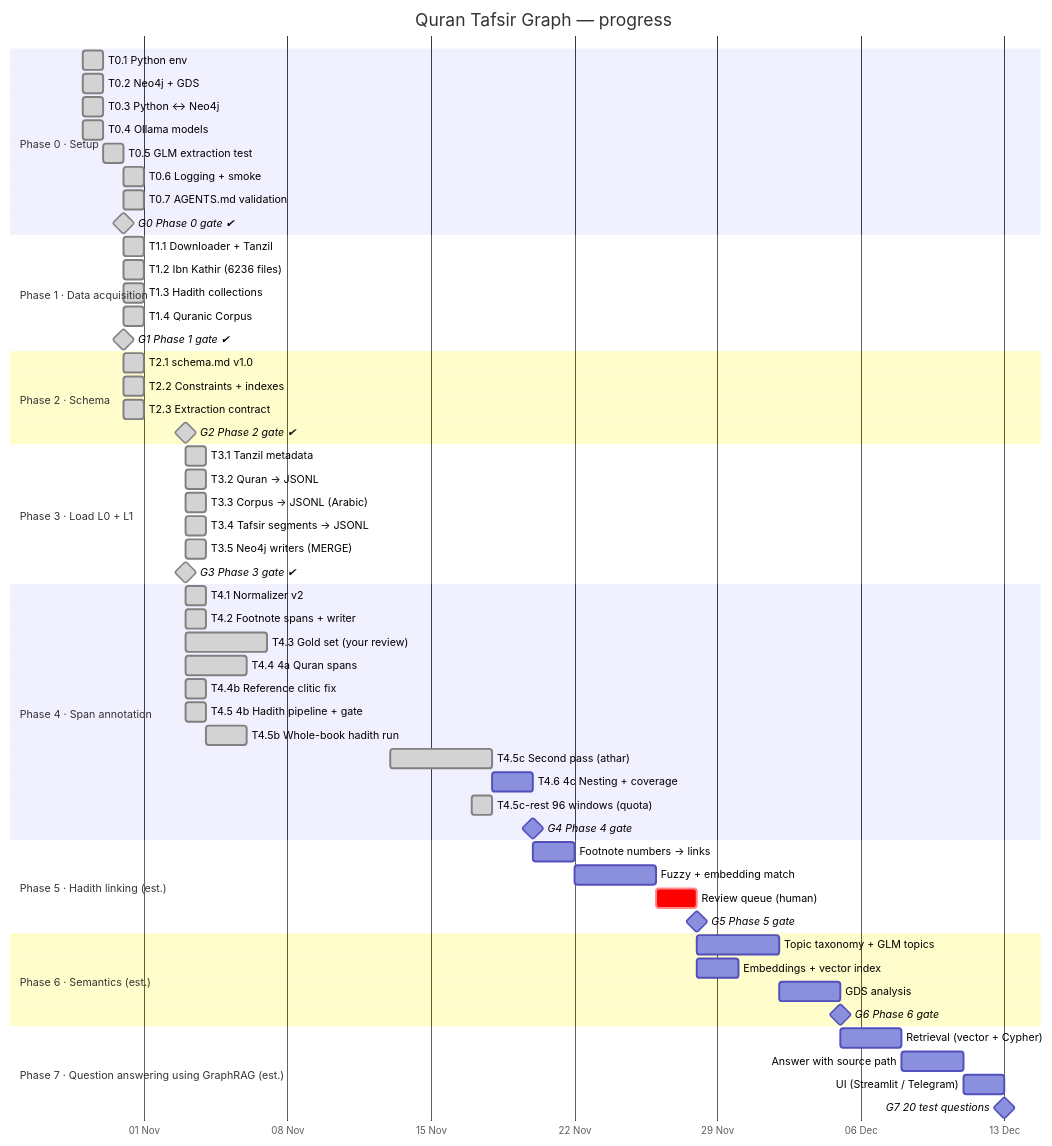
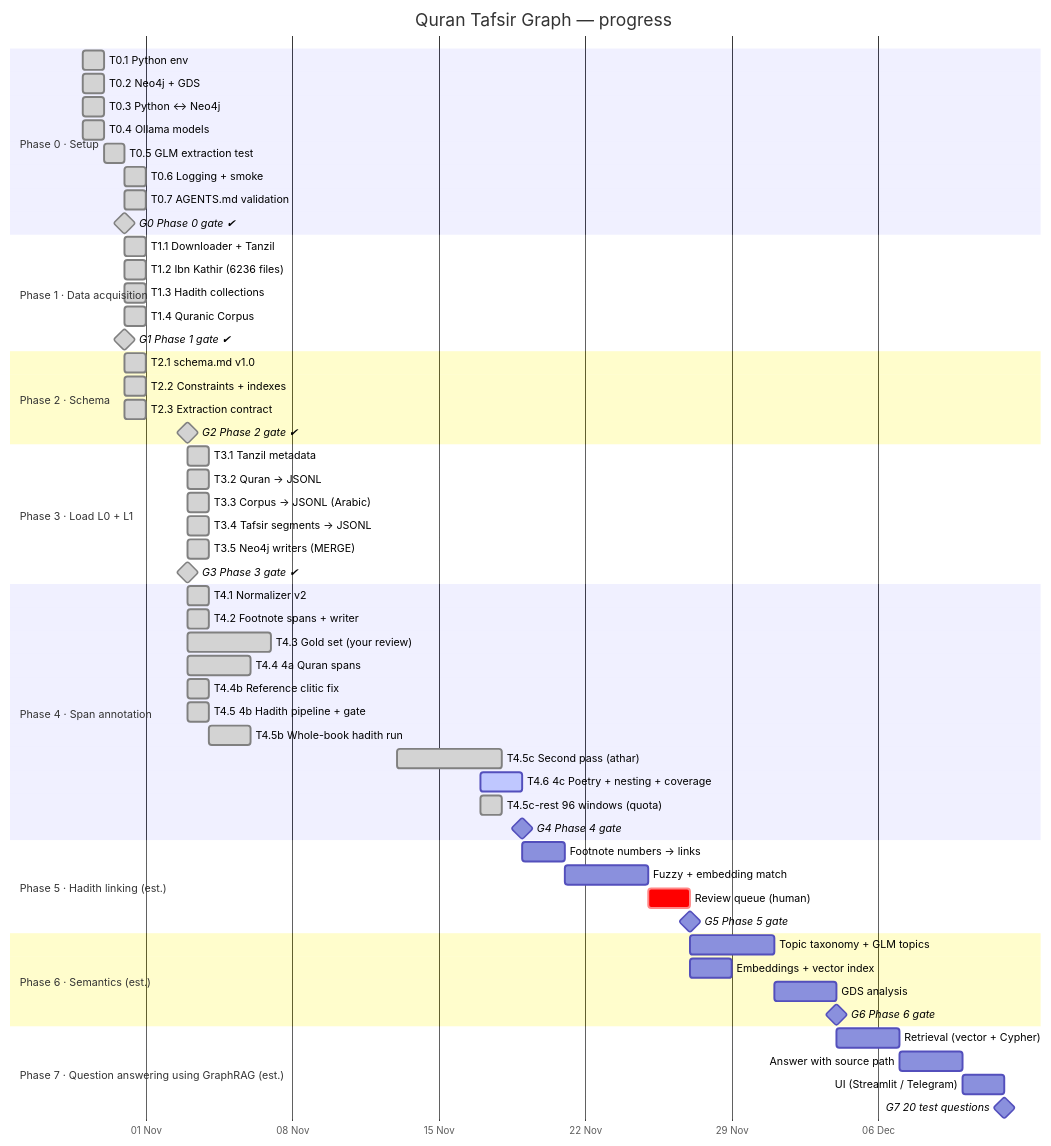
One commit to mohamed-soubhi/quran-graph changed the diagram in docs/GANTT.md. Above: the diagram before and after it, drawn with Mermaid. The commit also changed other lines of this file and 8 other files, not shown here.

````diff
--- a/docs/GANTT.md
+++ b/docs/GANTT.md
@@ -9,69 +9,69 @@
 ```mermaid
 gantt
     title Quran Tafsir Graph — progress
     dateFormat YYYY-MM-DD
     axisFormat %d %b
     todayMarker stroke-width:3px,stroke:#d33
 
     section Phase 0 · Setup
     T0.1 Python env                 :done, t01, 2026-10-29, 1d
     T0.2 Neo4j + GDS                :done, t02, 2026-10-29, 1d
     T0.3 Python ↔ Neo4j             :done, t03, 2026-10-29, 1d
     T0.4 Ollama models              :done, t04, 2026-10-29, 1d
     T0.5 GLM extraction test        :done, t05, 2026-10-30, 1d
     T0.6 Logging + smoke            :done, t06, 2026-10-31, 1d
     T0.7 AGENTS.md validation       :done, t07, 2026-10-31, 1d
     G0 Phase 0 gate ✔               :milestone, done, g0, 2026-10-31, 0d
 
     section Phase 1 · Data acquisition
     T1.1 Downloader + Tanzil        :done, t11, 2026-10-31, 1d
     T1.2 Ibn Kathir (6236 files)    :done, t12, 2026-10-31, 1d
     T1.3 Hadith collections         :done, t13, 2026-10-31, 1d
     T1.4 Quranic Corpus            :done, t14, 2026-10-31, 1d
     G1 Phase 1 gate ✔               :milestone, done, g1, 2026-10-31, 0d
 
     section Phase 2 · Schema
     T2.1 schema.md v1.0            :done, t21, 2026-10-31, 1d
     T2.2 Constraints + indexes      :done, t22, 2026-10-31, 1d
     T2.3 Extraction contract        :done, t23, 2026-10-31, 1d
     G2 Phase 2 gate ✔               :milestone, done, g2, 2026-11-03, 0d
 
     section Phase 3 · Load L0 + L1
     T3.1 Tanzil metadata            :done, t31, 2026-11-03, 1d
     T3.2 Quran → JSONL              :done, t32, 2026-11-03, 1d
     T3.3 Corpus → JSONL (Arabic)    :done, t33, 2026-11-03, 1d
     T3.4 Tafsir segments → JSONL    :done, t34, 2026-11-03, 1d
     T3.5 Neo4j writers (MERGE)      :done, p3b, 2026-11-03, 1d
     G3 Phase 3 gate ✔               :milestone, done, g3, 2026-11-03, 0d
 
     section Phase 4 · Span annotation
     T4.1 Normalizer v2              :done, t41, 2026-11-03, 1d
     T4.2 Footnote spans + writer    :done, t42, 2026-11-03, 1d
     T4.3 Gold set (your review)     :done, t43, 2026-11-03, 4d
     T4.4 4a Quran spans             :done, t44, 2026-11-03, 3d
     T4.4b Reference clitic fix      :done, t44b, 2026-11-03, 1d
     T4.5 4b Hadith pipeline + gate  :done, t45, 2026-11-03, 1d
     T4.5b Whole-book hadith run     :done, t45b, 2026-11-04, 2d
     T4.5c Second pass (athar)       :done, t45c, 2026-11-13, 5d
-    T4.6 4c Nesting + coverage      :p4c, after t45c, 2d
+    T4.6 4c Poetry + nesting + coverage :active, p4c, 2026-11-17, 2d
     T4.5c-rest 96 windows (quota)   :done, t45r, 2026-11-17, 1d
     G4 Phase 4 gate                 :milestone, g4, after p4c, 0d
 
     section Phase 5 · Hadith linking (est.)
     Footnote numbers → links        :p5a, after g4, 2d
     Fuzzy + embedding match         :p5b, after p5a, 4d
     Review queue (human)            :crit, p5c, after p5b, 2d
     G5 Phase 5 gate                 :milestone, g5, after p5c, 0d
 
     section Phase 6 · Semantics (est.)
     Topic taxonomy + GLM topics     :p6a, after g5, 4d
     Embeddings + vector index       :p6b, after g5, 2d
     GDS analysis                    :p6c, after p6a, 3d
     G6 Phase 6 gate                 :milestone, g6, after p6c, 0d
 
     section Phase 7 · Question answering using GraphRAG (est.)
     Retrieval (vector + Cypher)     :p7a, after g6, 3d
     Answer with source path         :p7b, after p7a, 3d
     UI (Streamlit / Telegram)       :p7c, after p7b, 2d
     G7 20 test questions            :milestone, g7, after p7c, 0d
 ```
````
